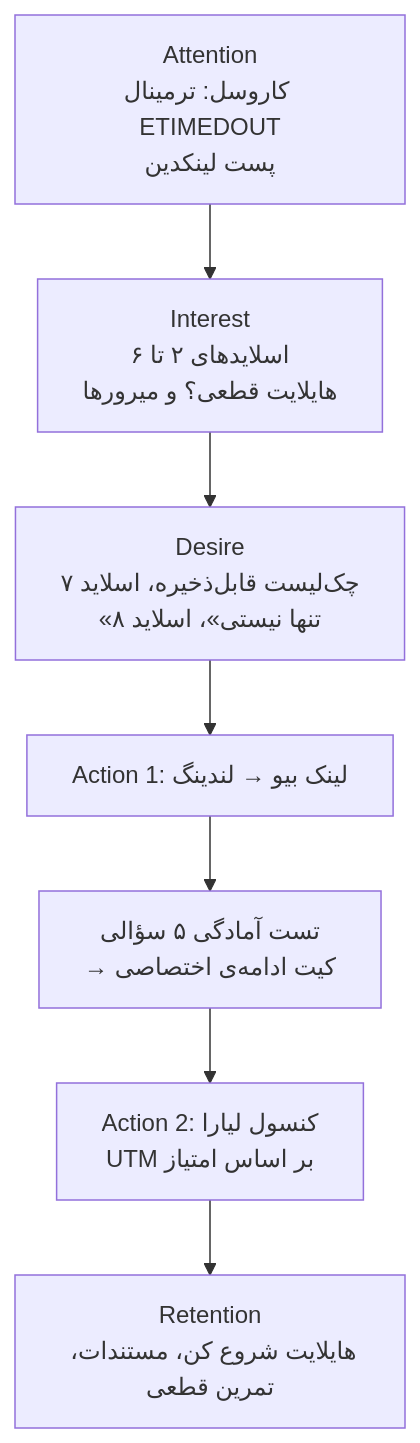
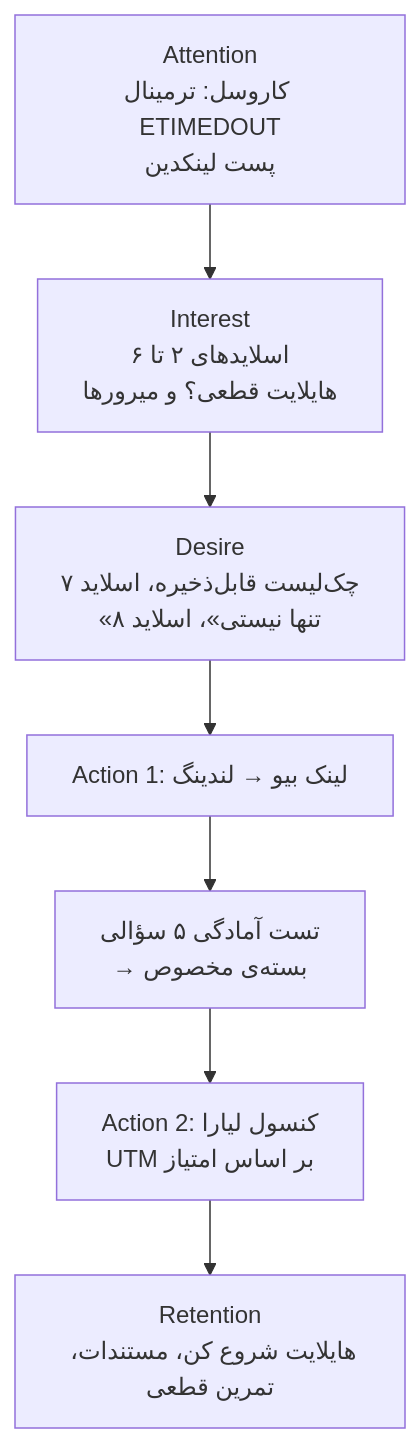
One commit to royajafari/liara-edame-darad changed the diagram in docs/strategy.md. Above: the diagram before and after it, drawn with Mermaid. The commit also changed other lines of this file and 8 other files, not shown here.

First line of the commit message:
Rename کیت ادامه to بسته‌ی مخصوص across the campaign

````diff
--- a/docs/strategy.md
+++ b/docs/strategy.md
@@ -56,9 +56,9 @@
 ```mermaid
 flowchart TD
     A["Attention<br>کاروسل: ترمینال ETIMEDOUT<br>پست لینکدین"] --> B["Interest<br>اسلایدهای ۲ تا ۶<br>هایلایت قطعی؟ و میرورها"]
     B --> C["Desire<br>چک‌لیست قابل‌ذخیره، اسلاید ۷<br>«تنها نیستی»، اسلاید ۸"]
     C --> D["Action 1: لینک بیو → لندینگ"]
-    D --> E["تست آمادگی ۵ سؤالی<br>→ کیت ادامه‌ی اختصاصی"]
+    D --> E["تست آمادگی ۵ سؤالی<br>→ بسته‌ی مخصوص"]
     E --> F["Action 2: کنسول لیارا<br>UTM بر اساس امتیاز"]
     F --> G["Retention<br>هایلایت شروع کن، مستندات، تمرین قطعی"]
 ```
````
